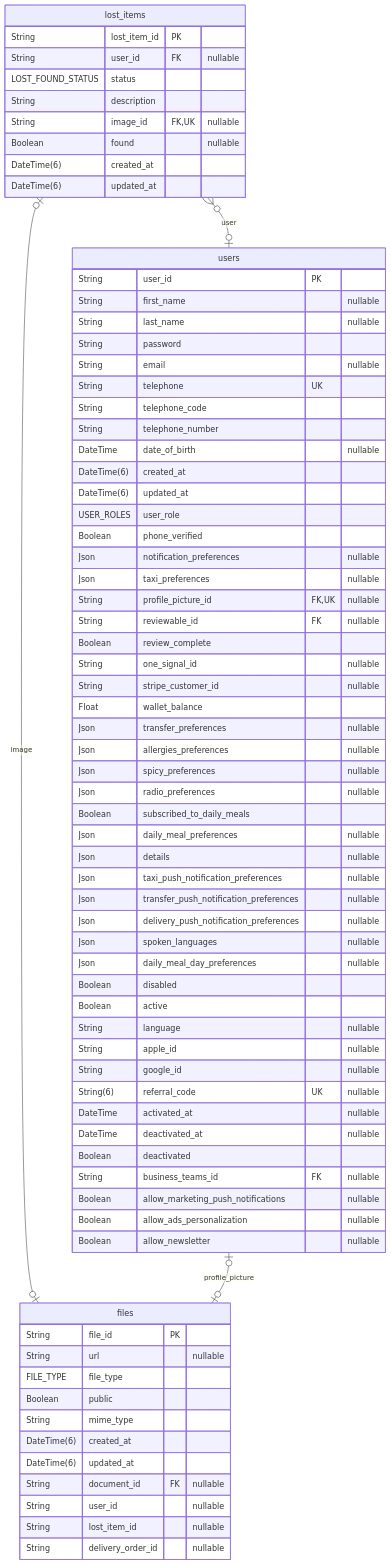
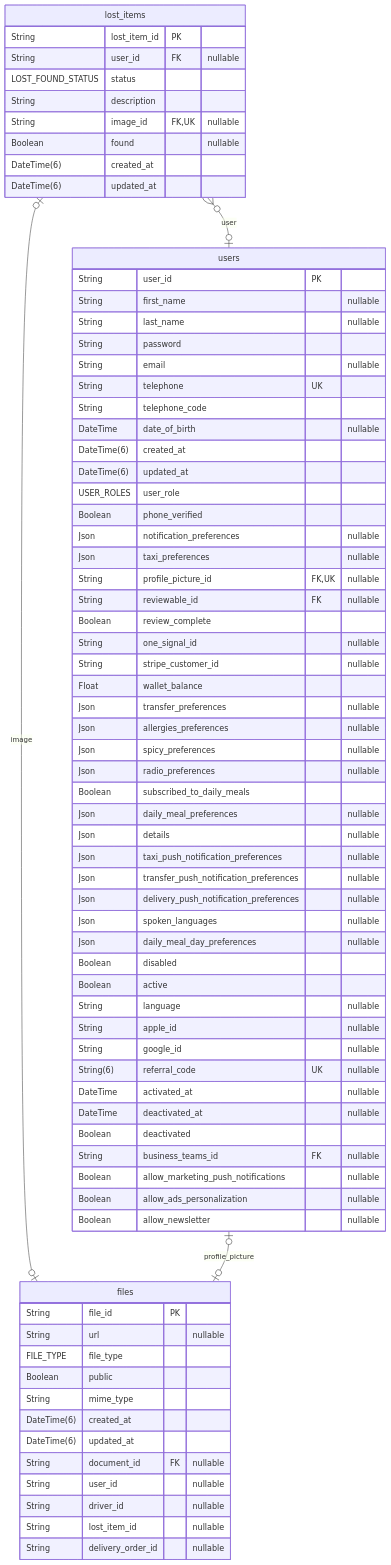
Before and after one commit to pbozic/be-analyisis: diagram 11 of 40 in prisma/schemas/ERD.md, drawn with Mermaid. The commit also changed other lines of this file and 23 other files, not shown here.

Commit message:
feature: updated daily meals menu + removed telephone_number + family/business invitation

````diff
--- a/prisma/schemas/ERD.md
+++ b/prisma/schemas/ERD.md
@@ -2192,77 +2172,77 @@
 ```mermaid
 erDiagram
 "lost_items" {
   String lost_item_id PK
   String user_id FK "nullable"
   LOST_FOUND_STATUS status
   String description
   String image_id FK,UK "nullable"
   Boolean found "nullable"
   DateTime(6) created_at
   DateTime(6) updated_at
 }
 "files" {
   String file_id PK
   String url "nullable"
   FILE_TYPE file_type
   Boolean public
   String mime_type
   DateTime(6) created_at
   DateTime(6) updated_at
   String document_id FK "nullable"
   String user_id "nullable"
+  String driver_id "nullable"
   String lost_item_id "nullable"
   String delivery_order_id "nullable"
 }
 "users" {
   String user_id PK
   String first_name "nullable"
   String last_name "nullable"
   String password
   String email "nullable"
   String telephone UK
   String telephone_code
-  String telephone_number
   DateTime date_of_birth "nullable"
   DateTime(6) created_at
   DateTime(6) updated_at
   USER_ROLES user_role
   Boolean phone_verified
   Json notification_preferences "nullable"
   Json taxi_preferences "nullable"
   String profile_picture_id FK,UK "nullable"
   String reviewable_id FK "nullable"
   Boolean review_complete
   String one_signal_id "nullable"
   String stripe_customer_id "nullable"
   Float wallet_balance
   Json transfer_preferences "nullable"
   Json allergies_preferences "nullable"
   Json spicy_preferences "nullable"
   Json radio_preferences "nullable"
   Boolean subscribed_to_daily_meals
   Json daily_meal_preferences "nullable"
   Json details "nullable"
   Json taxi_push_notification_preferences "nullable"
   Json transfer_push_notification_preferences "nullable"
   Json delivery_push_notification_preferences "nullable"
   Json spoken_languages "nullable"
   Json daily_meal_day_preferences "nullable"
   Boolean disabled
   Boolean active
   String language "nullable"
   String apple_id "nullable"
   String google_id "nullable"
   String(6) referral_code UK "nullable"
   DateTime activated_at "nullable"
   DateTime deactivated_at "nullable"
   Boolean deactivated
   String business_teams_id FK "nullable"
   Boolean allow_marketing_push_notifications "nullable"
   Boolean allow_ads_personalization "nullable"
   Boolean allow_newsletter "nullable"
 }
 "lost_items" |o--o| "files" : image
 "lost_items" }o--o| "users" : user
 "users" |o--o| "files" : profile_picture
 ```
````
